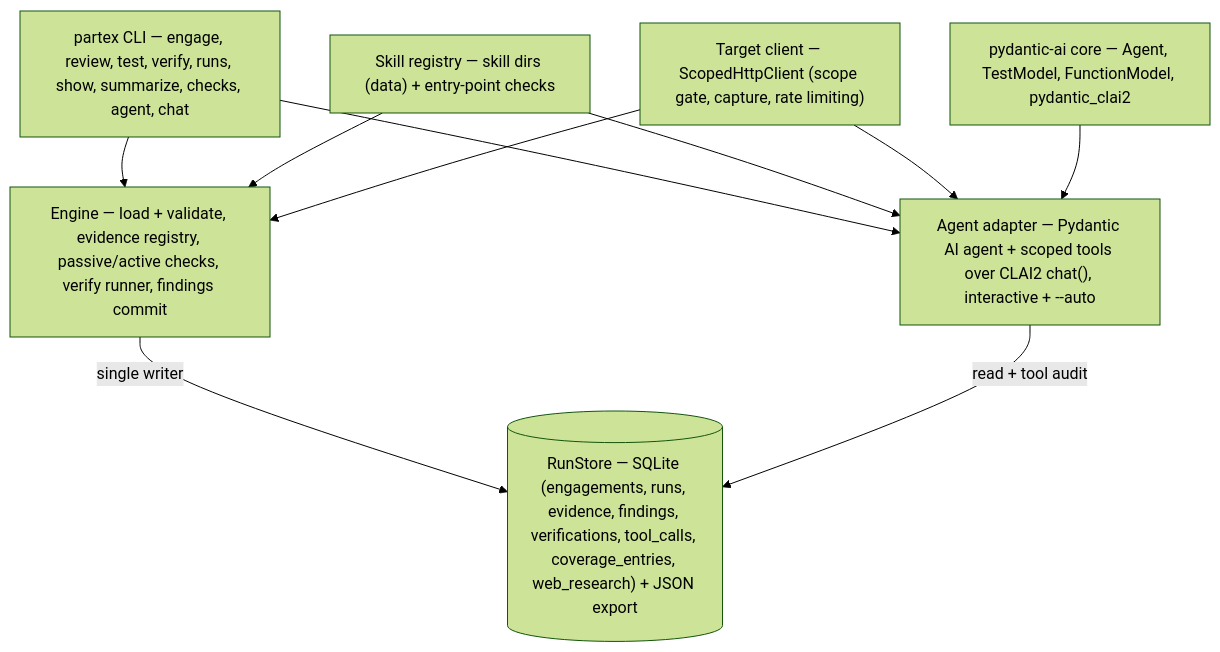
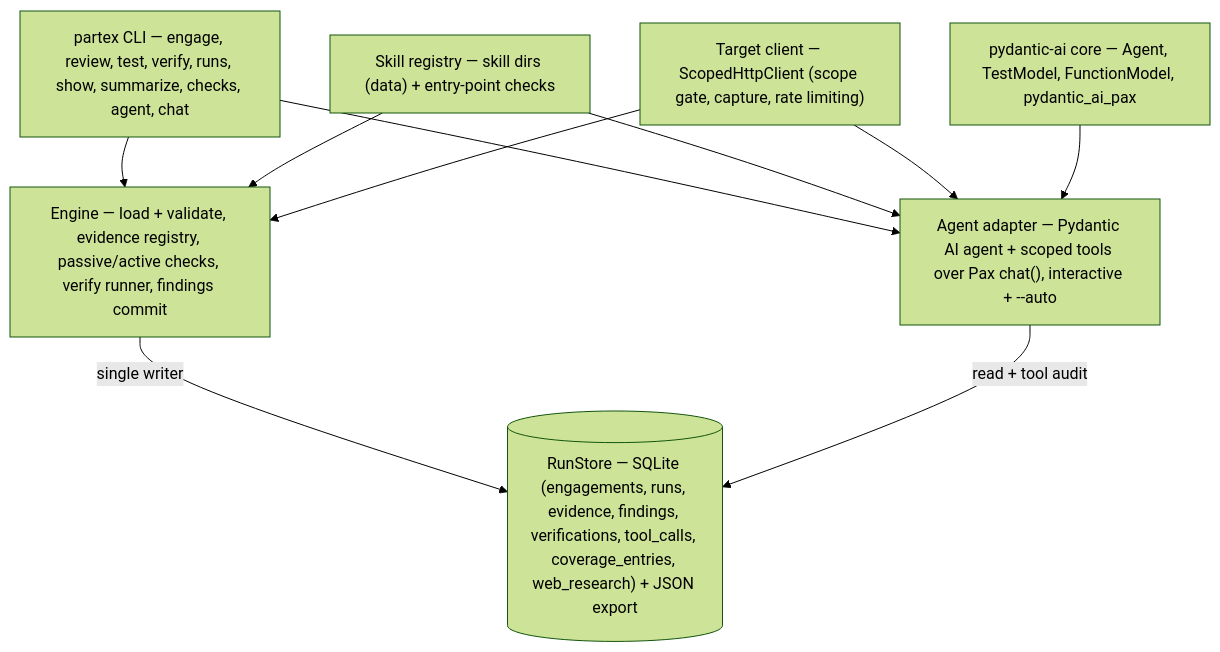
The first of 2 diagrams in PLAN.md (mdfranz/partex), drawn with Mermaid (forest theme) before and after one commit. The commit also changed other lines of this file and 18 other files, not shown here.

First line of the commit message:
deps: drop the deprecated pydantic-clai2 wrapper; rename CLAI2 to Pax in code and docs

````diff
--- a/PLAN.md
+++ b/PLAN.md
@@ -115,20 +115,20 @@
 ```mermaid
 flowchart TD
     CLI["partex CLI — engage, review, test, verify, runs, show, summarize, checks, agent, chat"]
     Engine["Engine — load + validate, evidence registry, passive/active checks, verify runner, findings commit"]
-    Adapter["Agent adapter — Pydantic AI agent + scoped tools over CLAI2 chat(), interactive + --auto"]
+    Adapter["Agent adapter — Pydantic AI agent + scoped tools over Pax chat(), interactive + --auto"]
     Store[("RunStore — SQLite (engagements, runs, evidence, findings, verifications, tool_calls, coverage_entries, web_research) + JSON export")]
     Skills["Skill registry — skill dirs (data) + entry-point checks"]
     Target["Target client — ScopedHttpClient (scope gate, capture, rate limiting)"]
-    PydanticAI["pydantic-ai core — Agent, TestModel, FunctionModel, pydantic_clai2"]
+    PydanticAI["pydantic-ai core — Agent, TestModel, FunctionModel, pydantic_ai_pax"]
 
     CLI --> Engine
     CLI --> Adapter
     Engine -->|single writer| Store
     Adapter -->|read + tool audit| Store
     Skills --> Engine
     Skills --> Adapter
     Target --> Engine
     Target --> Adapter
     PydanticAI --> Adapter
 ```
````
